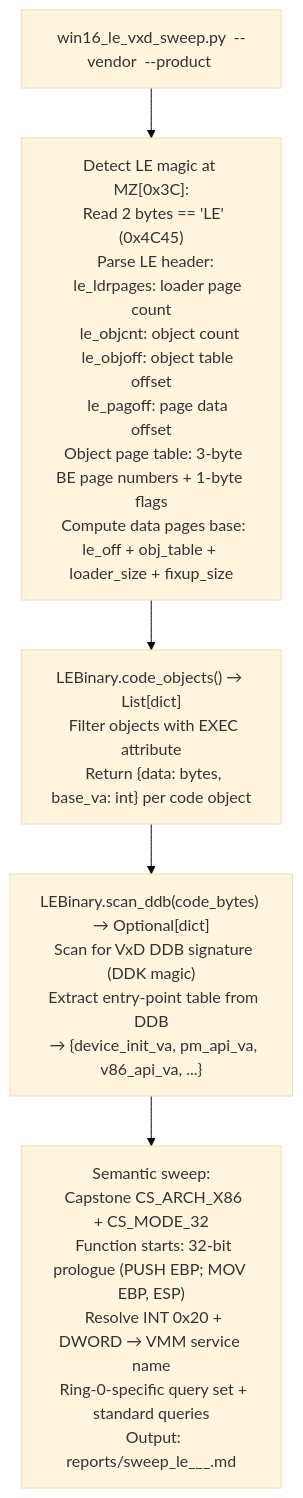
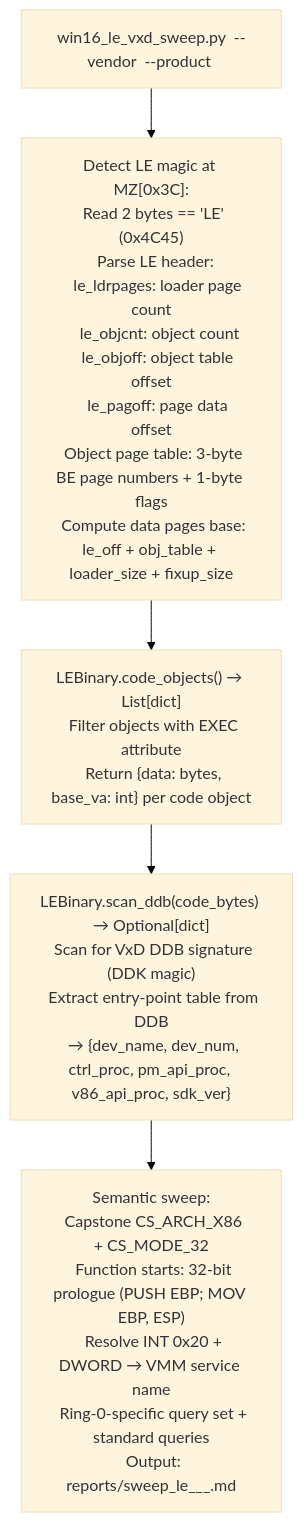
The diagram in docs/reference-modules/windows-le-vxd.md (Ablation-Tool/ablation), drawn with Mermaid (base theme) before and after one commit. The commit also changed 11 other files, not shown here.

````diff
--- a/docs/reference-modules/windows-le-vxd.md
+++ b/docs/reference-modules/windows-le-vxd.md
@@ -19,7 +19,7 @@
 ```mermaid
 flowchart TD
     A["win16_le_vxd_sweep.py <binary.386> --vendor <v> --product <p>"] --> B["Detect LE magic at MZ[0x3C]:\n  Read 2 bytes == 'LE' (0x4C45)\n  Parse LE header:\n    le_ldrpages: loader page count\n    le_objcnt: object count\n    le_objoff: object table offset\n    le_pagoff: page data offset\n  Object page table: 3-byte BE page numbers + 1-byte flags\n  Compute data pages base: le_off + obj_table + loader_size + fixup_size"]
     B --> C["LEBinary.code_objects() → List[dict]\n  Filter objects with EXEC attribute\n  Return {data: bytes, base_va: int} per code object"]
-    C --> D["LEBinary.scan_ddb(code_bytes) → Optional[dict]\n  Scan for VxD DDB signature (DDK magic)\n  Extract entry-point table from DDB\n  → {device_init_va, pm_api_va, v86_api_va, ...}"]
+    C --> D["LEBinary.scan_ddb(code_bytes) → Optional[dict]\n  Scan for VxD DDB signature (DDK magic)\n  Extract entry-point table from DDB\n  → {dev_name, dev_num, ctrl_proc, pm_api_proc, v86_api_proc, sdk_ver}"]
     D --> E["Semantic sweep:\n  Capstone CS_ARCH_X86 + CS_MODE_32\n  Function starts: 32-bit prologue (PUSH EBP; MOV EBP, ESP)\n  Resolve INT 0x20 + DWORD → VMM service name\n  Ring-0-specific query set + standard queries\n  Output: reports/sweep_le_<vendor>_<product>_<ts>.md"]
 ```
````
